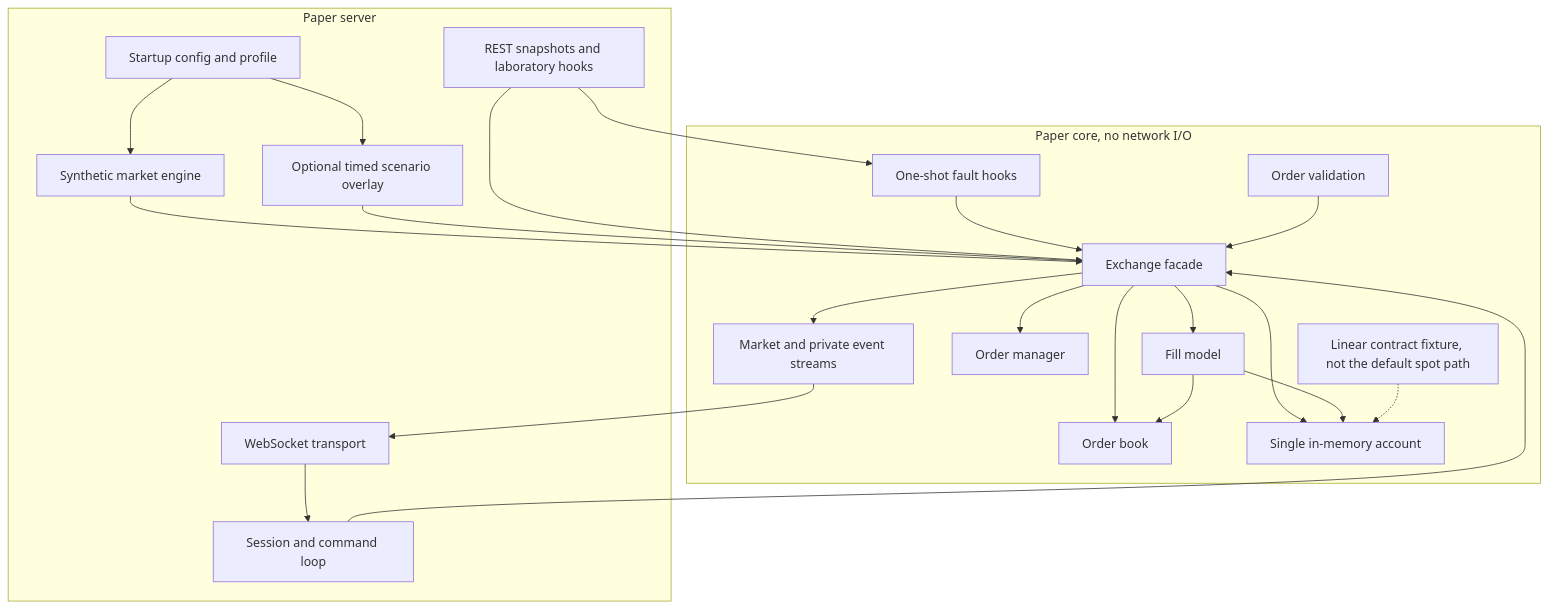
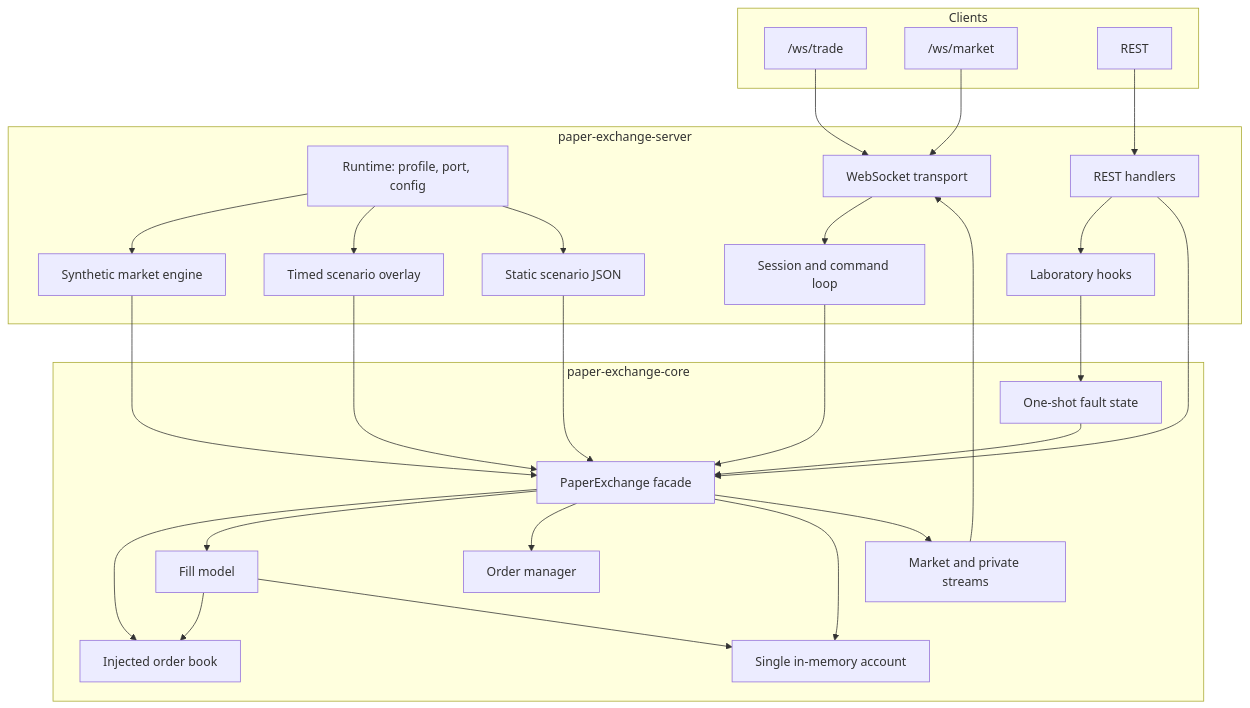
The sixth of 7 diagrams in README.md (Kolzodev712/trading-system-showcase), drawn with Mermaid before and after one commit. The commit also changed other lines of this file and 7 other files, not shown here.

First line of the commit message:
Add detailed architecture diagrams for the three systems.

````diff
--- a/README.md
+++ b/README.md
@@ -151,40 +190,51 @@
 ```mermaid
 flowchart TB
-  subgraph server [Paper server]
-    runtime[Startup config and profile]
+  subgraph clients [Clients]
+    tradeWS["/ws/trade"]
+    marketWS["/ws/market"]
+    restHTTP[REST]
+  end
+
+  subgraph server [paper-exchange-server]
+    runtime[Runtime: profile, port, config]
     market[Synthetic market engine]
-    scenario[Optional timed scenario overlay]
+    overlay[Timed scenario overlay]
+    static[Static scenario JSON]
     transport[WebSocket transport]
     session[Session and command loop]
-    rest[REST snapshots and laboratory hooks]
+    rest[REST handlers]
+    lab[Laboratory hooks]
   end
 
-  subgraph core [Paper core, no network I/O]
-    facade[Exchange facade]
-    book[Order book]
+  subgraph core [paper-exchange-core]
+    facade[PaperExchange facade]
+    book[Injected order book]
     match[Fill model]
-    orders[Order manager]
-    account[Single in-memory account]
-    rules[Order validation]
-    streams[Market and private event streams]
-    faults[One-shot fault hooks]
-    linear[Linear contract fixture, not the default spot path]
+    om[Order manager]
+    acct[Single in-memory account]
+    streams[Market and private streams]
+    faults[One-shot fault state]
   end
 
+  tradeWS --> transport
+  marketWS --> transport
+  restHTTP --> rest
+  rest --> lab
   runtime --> market
-  runtime --> scenario
+  runtime --> overlay
+  runtime --> static
   market --> facade
-  scenario --> facade
+  overlay --> facade
+  static --> facade
   transport --> session --> facade
   rest --> facade
-  rest --> faults --> facade
+  lab --> faults --> facade
   facade --> book
   facade --> match
-  facade --> orders
-  facade --> account
-  rules --> facade
+  facade --> om
+  facade --> acct
+  facade --> streams
+  streams --> transport
   match --> book
-  match --> account
-  facade --> streams --> transport
-  linear -.-> account
+  match --> acct
 ```
````
